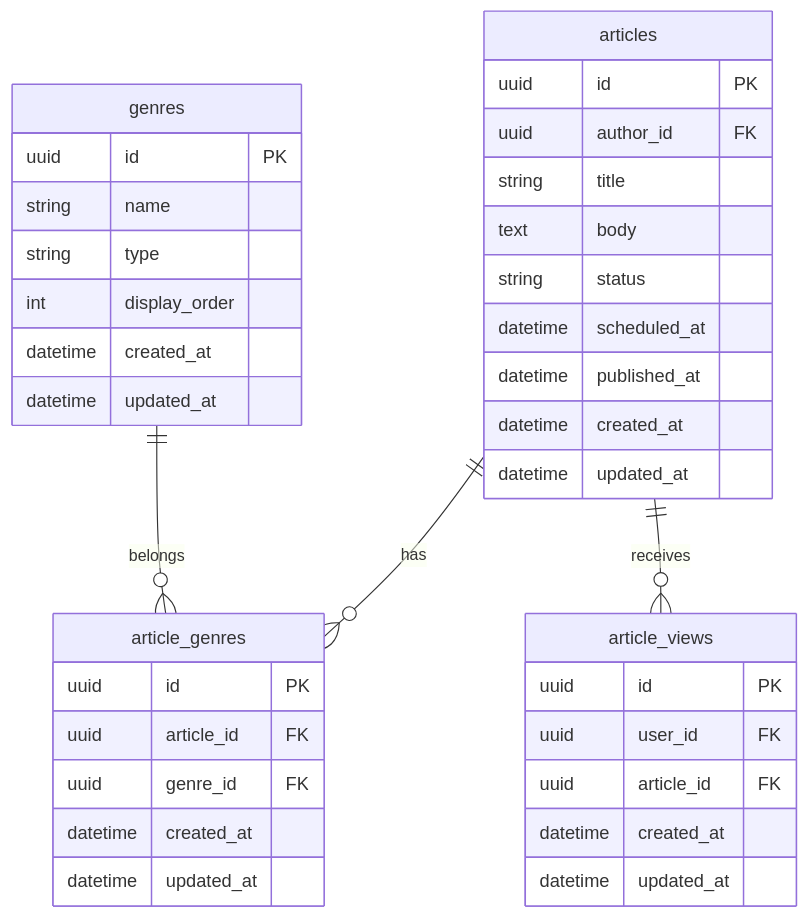
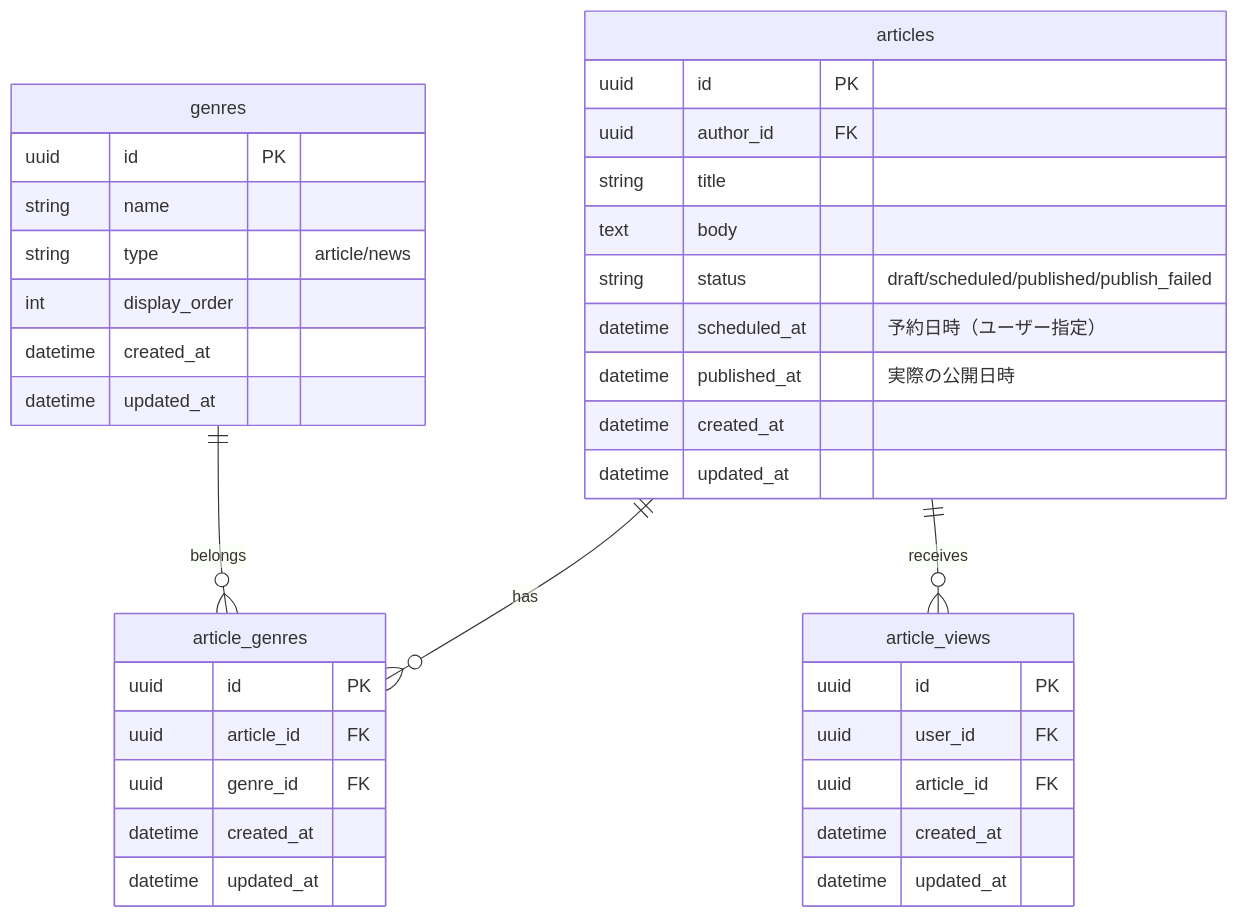
One commit to RRRRRRR-777/SikouLab changed the first of 3 diagrams in docs/functions/article/home.md. Above: the diagram before and after it, drawn with Mermaid. The commit also changed 11 other files, not shown here.

First line of the commit message:
docs(functions): 既存12ファイルのER図をsystem_datas.mdに同期

````diff
--- a/docs/functions/article/home.md
+++ b/docs/functions/article/home.md
@@ -87,43 +87,44 @@
 ```mermaid
 erDiagram
+    %% 正: docs/versions/1_0_0/system_datas.md
     articles ||--o{ article_genres : "has"
     genres ||--o{ article_genres : "belongs"
     articles ||--o{ article_views : "receives"
 
     articles {
         uuid id PK
         uuid author_id FK
         string title
         text body
-        string status
-        datetime scheduled_at
-        datetime published_at
+        string status "draft/scheduled/published/publish_failed"
+        datetime scheduled_at "予約日時（ユーザー指定）"
+        datetime published_at "実際の公開日時"
         datetime created_at
         datetime updated_at
     }
 
     article_genres {
         uuid id PK
         uuid article_id FK
         uuid genre_id FK
         datetime created_at
         datetime updated_at
     }
 
     genres {
         uuid id PK
         string name
-        string type
+        string type "article/news"
         int display_order
         datetime created_at
         datetime updated_at
     }
 
     article_views {
         uuid id PK
         uuid user_id FK
         uuid article_id FK
         datetime created_at
         datetime updated_at
     }
 ```
````
